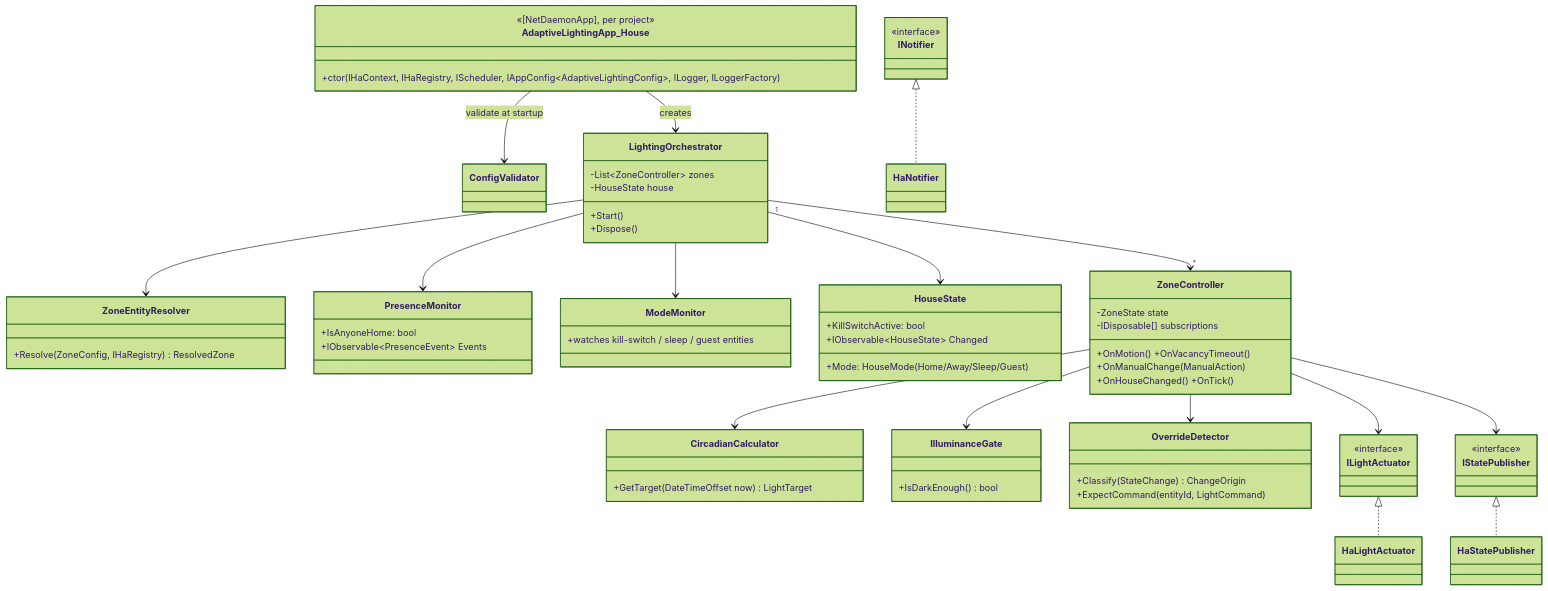
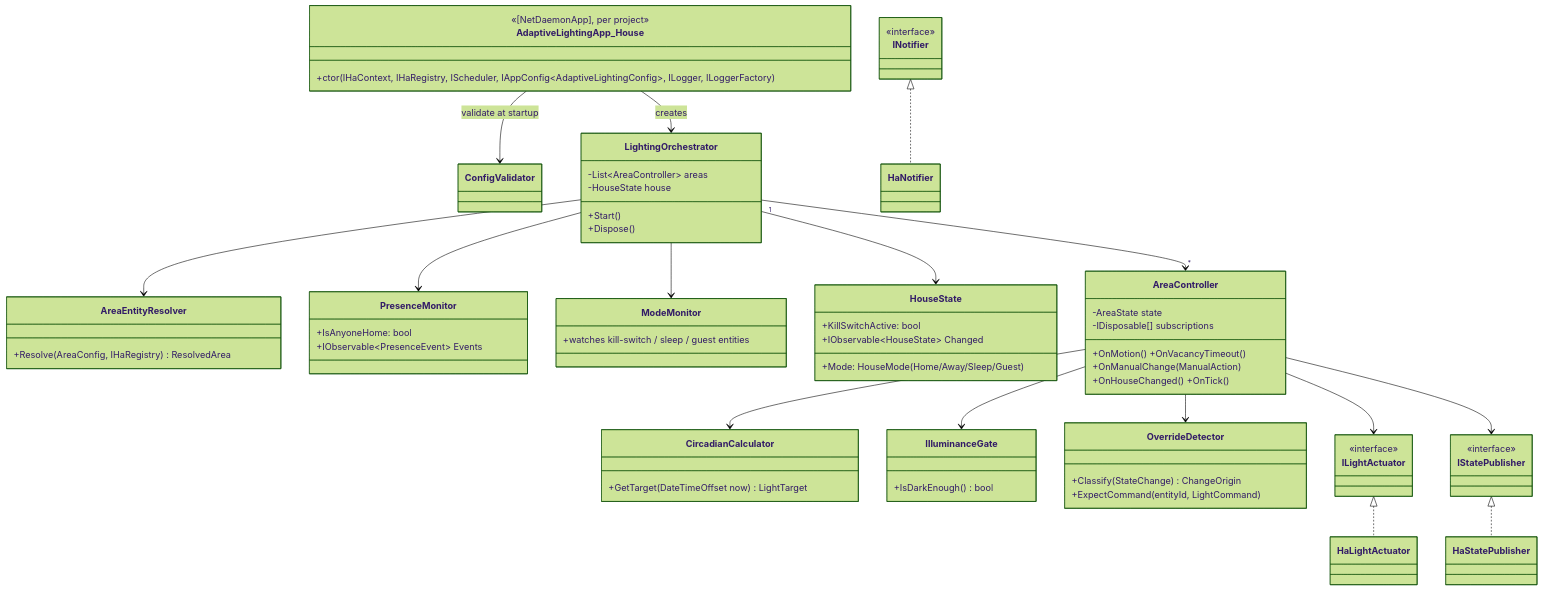
The first of 2 diagrams in website/src/content/docs/architecture.md (0z00z0/adaptivelighting), drawn with Mermaid (forest theme) before and after one commit. The commit also changed other lines of this file and 9 other files, not shown here.

````diff
--- a/website/src/content/docs/architecture.md
+++ b/website/src/content/docs/architecture.md
@@ -65,69 +65,69 @@
 ```mermaid
 classDiagram
     direction TB
     class AdaptiveLightingApp_House {
         <<[NetDaemonApp], per project>>
         +ctor(IHaContext, IHaRegistry, IScheduler, IAppConfig~AdaptiveLightingConfig~, ILogger, ILoggerFactory)
     }
     class LightingOrchestrator {
-        -List~ZoneController~ zones
+        -List~AreaController~ areas
         -HouseState house
         +Start()
         +Dispose()
     }
     class HouseState {
         +Mode: HouseMode (Home/Away/Sleep/Guest)
         +KillSwitchActive: bool
         +IObservable~HouseState~ Changed
     }
     class PresenceMonitor {
         +IsAnyoneHome: bool
         +IObservable~PresenceEvent~ Events
     }
     class ModeMonitor {
         +watches kill-switch / sleep / guest entities
     }
-    class ZoneController {
-        -ZoneState state
+    class AreaController {
+        -AreaState state
         -IDisposable[] subscriptions
         +OnMotion() +OnVacancyTimeout()
         +OnManualChange(ManualAction)
         +OnHouseChanged() +OnTick()
     }
-    class ZoneEntityResolver {
-        +Resolve(ZoneConfig, IHaRegistry) ResolvedZone
+    class AreaEntityResolver {
+        +Resolve(AreaConfig, IHaRegistry) ResolvedArea
     }
     class CircadianCalculator {
         +GetTarget(DateTimeOffset now) LightTarget
     }
     class IlluminanceGate {
         +IsDarkEnough() bool
     }
     class OverrideDetector {
         +Classify(StateChange) ChangeOrigin
         +ExpectCommand(entityId, LightCommand)
     }
     class ILightActuator { <<interface>> }
     class HaLightActuator
     class IStatePublisher { <<interface>> }
     class HaStatePublisher
     class INotifier { <<interface>> }
     class HaNotifier
     class ConfigValidator
 
     AdaptiveLightingApp_House --> ConfigValidator : validate at startup
     AdaptiveLightingApp_House --> LightingOrchestrator : creates
-    LightingOrchestrator --> ZoneEntityResolver
+    LightingOrchestrator --> AreaEntityResolver
     LightingOrchestrator --> PresenceMonitor
     LightingOrchestrator --> ModeMonitor
     LightingOrchestrator --> HouseState
-    LightingOrchestrator "1" --> "*" ZoneController
-    ZoneController --> CircadianCalculator
-    ZoneController --> IlluminanceGate
-    ZoneController --> OverrideDetector
-    ZoneController --> ILightActuator
-    ZoneController --> IStatePublisher
+    LightingOrchestrator "1" --> "*" AreaController
+    AreaController --> CircadianCalculator
+    AreaController --> IlluminanceGate
+    AreaController --> OverrideDetector
+    AreaController --> ILightActuator
+    AreaController --> IStatePublisher
     ILightActuator <|.. HaLightActuator
     IStatePublisher <|.. HaStatePublisher
     INotifier <|.. HaNotifier
 ```
````
